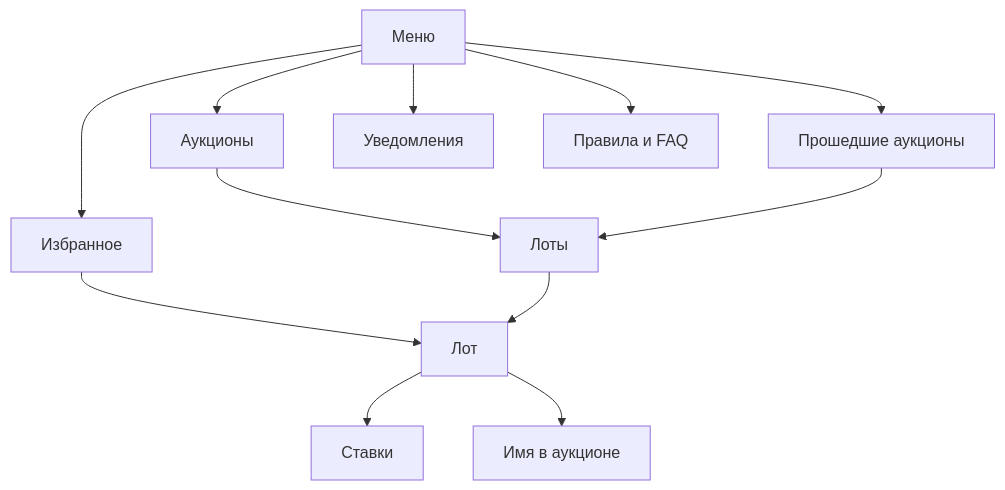
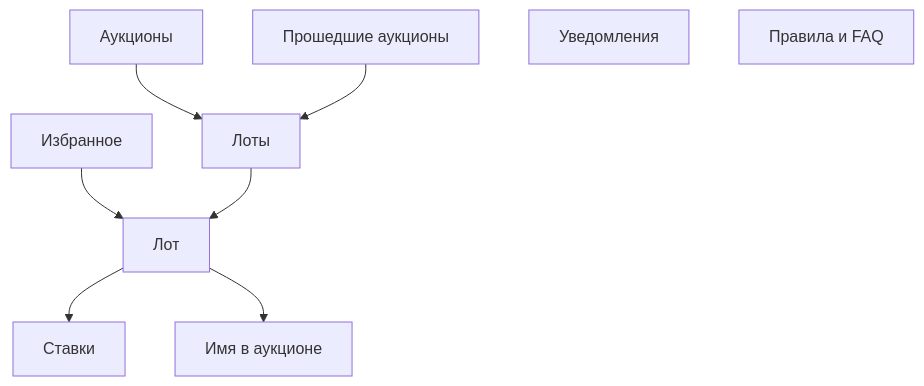
Before and after one commit to Solguficky/solguficky-hub: the second of 2 diagrams in docs/design/bot/design-code.md, drawn with Mermaid. The commit also changed other lines of this file and 96 other files, not shown here.

````diff
--- a/docs/design/bot/design-code.md
+++ b/docs/design/bot/design-code.md
@@ -84,15 +90,14 @@
 ```mermaid
 flowchart TD
-    menu[Меню]
-    menu --> auctions[Аукционы]
-    menu --> past[Прошедшие аукционы]
-    menu --> favorites[Избранное]
-    menu --> notify[Уведомления]
-    menu --> faq[Правила и FAQ]
+    auctions[Аукционы]
+    past[Прошедшие аукционы]
+    favorites[Избранное]
+    notify[Уведомления]
+    faq[Правила и FAQ]
     auctions --> feed[Лоты]
     favorites --> lot
     past --> feed
     feed --> lot[Лот]
     lot --> history[Ставки]
     lot --> name[Имя в аукционе]
 ```
````
